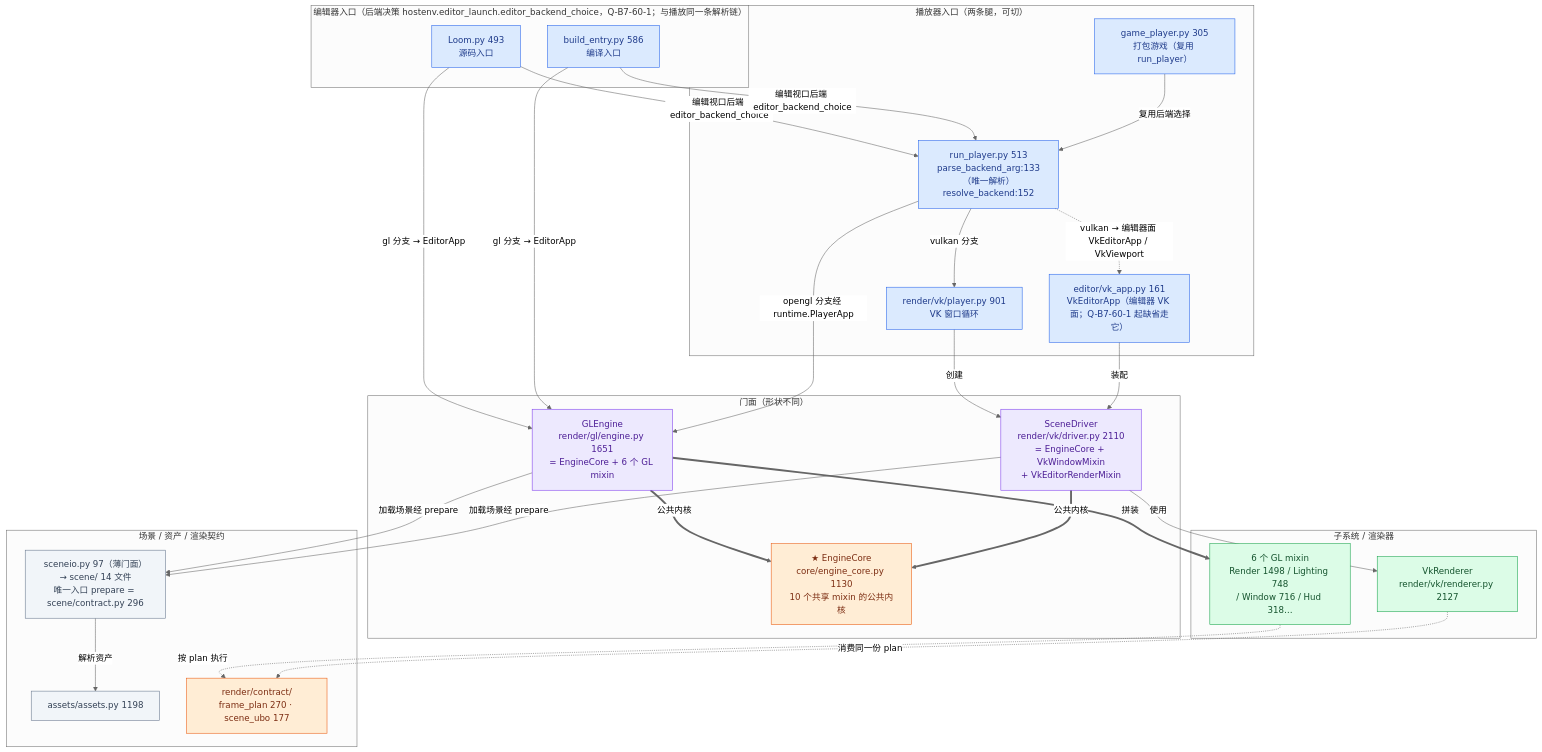
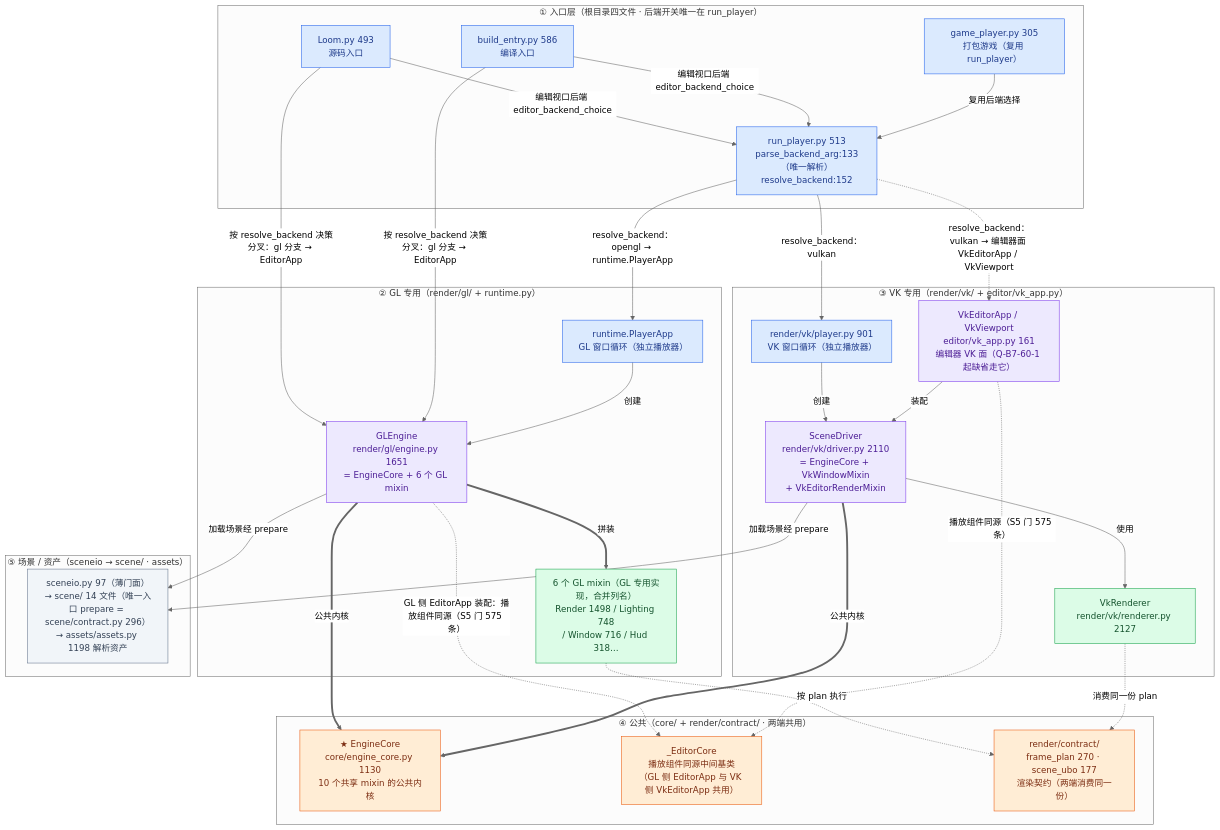
Before and after one commit to lhy302/WeaveEngine: the first of 23 diagrams in ARCHITECTURE.md, drawn with Mermaid (neutral theme). The commit also changed other lines of this file, not shown here.

Commit message:
docs: 图 1 全景按功能大类重绘（GL 专用/VK 专用/公共/入口四框）

````diff
--- a/ARCHITECTURE.md
+++ b/ARCHITECTURE.md
@@ -133,51 +133,54 @@
 ```mermaid
 flowchart TB
-  subgraph EDENT["编辑器入口（后端决策 hostenv.editor_launch.editor_backend_choice，Q-B7-60-1；与播放同一条解析链）"]
-    A1["Loom.py 493<br/>源码入口"]:::entry
-    A2["build_entry.py 586<br/>编译入口"]:::entry
+  subgraph ENTRY["① 入口层（根目录四文件 · 后端开关唯一在 run_player）"]
+    E1["Loom.py 493<br/>源码入口"]:::entry
+    E2["build_entry.py 586<br/>编译入口"]:::entry
+    E3["run_player.py 513<br/>parse_backend_arg:133（唯一解析）<br/>resolve_backend:152"]:::entry
+    E4["game_player.py 305<br/>打包游戏（复用 run_player）"]:::entry
   end
-  subgraph PLENT["播放器入口（两条腿，可切）"]
-    A3["run_player.py 513<br/>parse_backend_arg:133（唯一解析）<br/>resolve_backend:152"]:::entry
-    A4["game_player.py 305<br/>打包游戏（复用 run_player）"]:::entry
-    A5["render/vk/player.py 901<br/>VK 窗口循环"]:::entry
-    A6["editor/vk_app.py 161<br/>VkEditorApp（编辑器 VK 面；Q-B7-60-1 起缺省走它）"]:::entry
+  subgraph GLONLY["② GL 专用（render/gl/ + runtime.py）"]
+    G1["GLEngine<br/>render/gl/engine.py 1651<br/>= EngineCore + 6 个 GL mixin"]:::facade
+    G2["6 个 GL mixin（GL 专用实现，合并列名）<br/>Render 1498 / Lighting 748<br/>/ Window 716 / Hud 318…"]:::impl
+    G3["runtime.PlayerApp<br/>GL 窗口循环（独立播放器）"]:::entry
   end
-  subgraph FACADE["门面（形状不同）"]
-    B1["GLEngine<br/>render/gl/engine.py 1651<br/>= EngineCore + 6 个 GL mixin"]:::facade
-    B2["SceneDriver<br/>render/vk/driver.py 2110<br/>= EngineCore + VkWindowMixin<br/>+ VkEditorRenderMixin"]:::facade
-    B0["★ EngineCore<br/>core/engine_core.py 1130<br/>10 个共享 mixin 的公共内核"]:::contract
+  subgraph VKONLY["③ VK 专用（render/vk/ + editor/vk_app.py）"]
+    V3["render/vk/player.py 901<br/>VK 窗口循环（独立播放器）"]:::entry
+    V1["SceneDriver<br/>render/vk/driver.py 2110<br/>= EngineCore + VkWindowMixin<br/>+ VkEditorRenderMixin"]:::facade
+    V2["VkRenderer<br/>render/vk/renderer.py 2127"]:::impl
+    V4["VkEditorApp / VkViewport<br/>editor/vk_app.py 161<br/>编辑器 VK 面（Q-B7-60-1 起缺省走它）"]:::facade
   end
-  subgraph IMPL["子系统 / 渲染器"]
-    C1["6 个 GL mixin<br/>Render 1498 / Lighting 748<br/>/ Window 716 / Hud 318…"]:::impl
-    C2["VkRenderer<br/>render/vk/renderer.py 2127"]:::impl
+  subgraph COMMON["④ 公共（core/ + render/contract/ · 两端共用）"]
+    K1["★ EngineCore<br/>core/engine_core.py 1130<br/>10 个共享 mixin 的公共内核"]:::contract
+    K2["_EditorCore<br/>播放组件同源中间基类<br/>（GL 侧 EditorApp 与 VK 侧 VkEditorApp 共用）"]:::contract
+    K3["render/contract/<br/>frame_plan 270 · scene_ubo 177<br/>渲染契约（两端消费同一份）"]:::contract
   end
-  subgraph DATA["场景 / 资产 / 渲染契约"]
-    D1["sceneio.py 97（薄门面）<br/>→ scene/ 14 文件<br/>唯一入口 prepare = scene/contract.py 296"]:::file
-    D2["assets/assets.py 1198"]:::file
-    D3["render/contract/<br/>frame_plan 270 · scene_ubo 177"]:::contract
+  subgraph SCENE["⑤ 场景 / 资产（sceneio → scene/ · assets）"]
+    S1["sceneio.py 97（薄门面）<br/>→ scene/ 14 文件（唯一入口 prepare = scene/contract.py 296）<br/>→ assets/assets.py 1198 解析资产"]:::file
   end
-  A1 -->|gl 分支 → EditorApp| B1
-  A2 -->|gl 分支 → EditorApp| B1
-  A1 -->|编辑视口后端 editor_backend_choice| A3
-  A2 -->|编辑视口后端 editor_backend_choice| A3
-  A4 -->|复用后端选择| A3
-  A3 -->|opengl 分支经 runtime.PlayerApp| B1
-  A3 -->|vulkan 分支| A5
-  A5 -->|创建| B2
-  A3 -.->|vulkan → 编辑器面 VkEditorApp / VkViewport| A6
-  A6 -->|装配| B2
-  B1 ==>|拼装| C1
-  B2 -->|使用| C2
-  B1 ==>|公共内核| B0
-  B2 ==>|公共内核| B0
-  B1 -->|加载场景经 prepare| D1
-  B2 -->|加载场景经 prepare| D1
-  D1 -->|解析资产| D2
-  C1 -.->|按 plan 执行| D3
-  C2 -.->|消费同一份 plan| D3
+  E1 -->|按 resolve_backend 决策分叉：gl 分支 → EditorApp| G1
+  E2 -->|按 resolve_backend 决策分叉：gl 分支 → EditorApp| G1
+  E1 -->|编辑视口后端 editor_backend_choice| E3
+  E2 -->|编辑视口后端 editor_backend_choice| E3
+  E4 -->|复用后端选择| E3
+  E3 -->|resolve_backend：opengl → runtime.PlayerApp| G3
+  E3 -->|resolve_backend：vulkan| V3
+  E3 -.->|resolve_backend：vulkan → 编辑器面 VkEditorApp / VkViewport| V4
+  G3 -->|创建| G1
+  G1 ==>|拼装| G2
+  V3 -->|创建| V1
+  V1 -->|使用| V2
+  V4 -->|装配| V1
+  G1 ==>|公共内核| K1
+  V1 ==>|公共内核| K1
+  G1 -.->|GL 侧 EditorApp 装配：播放组件同源（S5 门 575 条）| K2
+  V4 -.->|播放组件同源（S5 门 575 条）| K2
+  G2 -.->|按 plan 执行| K3
+  V2 -.->|消费同一份 plan| K3
+  G1 -->|加载场景经 prepare| S1
+  V1 -->|加载场景经 prepare| S1
   classDef entry fill:#dbeafe,stroke:#2563eb,color:#1e3a8a
   classDef facade fill:#ede9fe,stroke:#7c3aed,color:#4c1d95
   classDef impl fill:#dcfce7,stroke:#16a34a,color:#14532d
   classDef contract fill:#ffedd5,stroke:#ea580c,color:#7c2d12
   classDef file fill:#f1f5f9,stroke:#64748b,color:#334155
 ```
````
